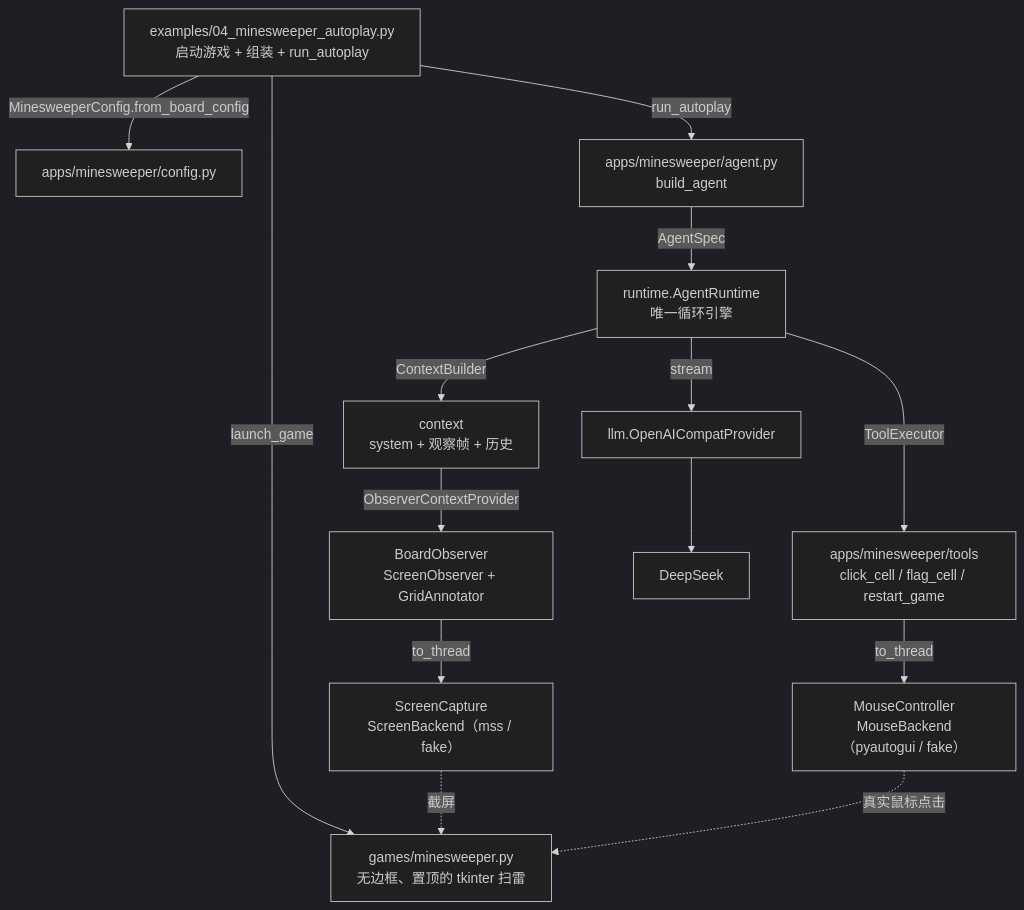
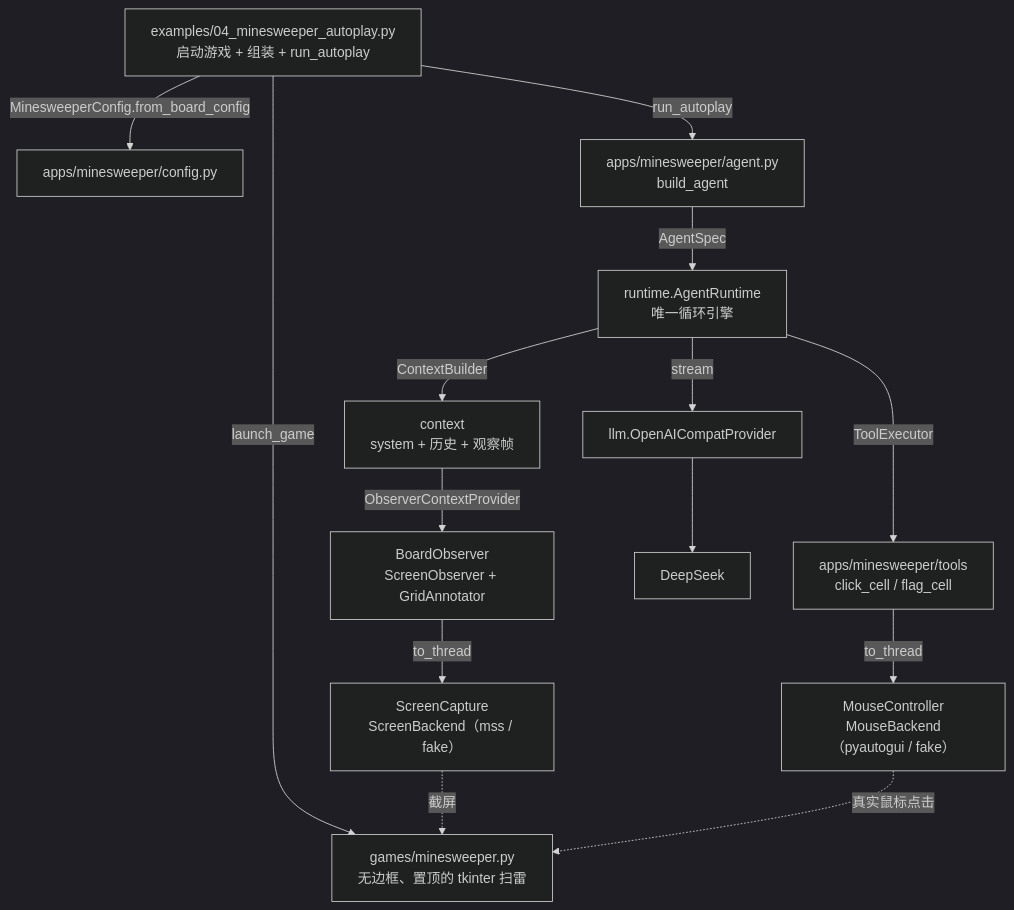
The first of 3 diagrams in docs/minesweeper-agent-flow.md (bluesky1024/fm_agent_frame), drawn with Mermaid (dark theme) before and after one commit. The commit also changed other lines of this file and 32 other files, not shown here.

````diff
--- a/docs/minesweeper-agent-flow.md
+++ b/docs/minesweeper-agent-flow.md
@@ -8,17 +8,17 @@
 ```mermaid
 flowchart TD
     EX["examples/04_minesweeper_autoplay.py<br/>启动游戏 + 组装 + run_autoplay"]
     EX -->|launch_game| GAME["games/minesweeper.py<br/>无边框、置顶的 tkinter 扫雷"]
     EX -->|MinesweeperConfig.from_board_config| CFG["apps/minesweeper/config.py"]
     EX -->|run_autoplay| APP["apps/minesweeper/agent.py<br/>build_agent"]
     APP -->|AgentSpec| RT["runtime.AgentRuntime<br/>唯一循环引擎"]
-    RT -->|ContextBuilder| CTX["context<br/>system + 观察帧 + 历史"]
+    RT -->|ContextBuilder| CTX["context<br/>system + 历史 + 观察帧"]
     CTX -->|ObserverContextProvider| OBS["BoardObserver<br/>ScreenObserver + GridAnnotator"]
     OBS -->|to_thread| CAP["ScreenCapture<br/>ScreenBackend（mss / fake）"]
     CAP -.截屏.-> GAME
     RT -->|stream| LLM["llm.OpenAICompatProvider"]
-    RT -->|ToolExecutor| TOOLS["apps/minesweeper/tools<br/>click_cell / flag_cell / restart_game"]
+    RT -->|ToolExecutor| TOOLS["apps/minesweeper/tools<br/>click_cell / flag_cell"]
     TOOLS -->|to_thread| MOUSE["MouseController<br/>MouseBackend（pyautogui / fake）"]
     MOUSE -.真实鼠标点击.-> GAME
     LLM --> API["DeepSeek"]
 ```
````
